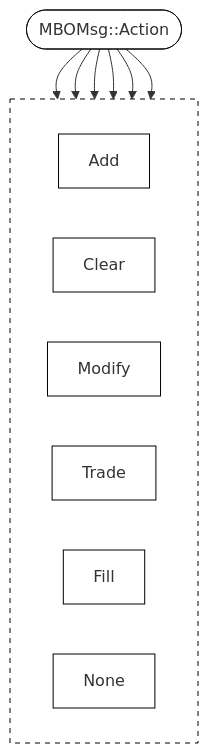
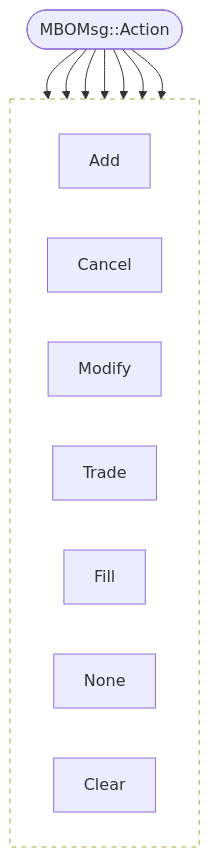
Before and after one commit to Alexerby/thesis-code: the first of 2 diagrams in docs/Order Lifetime Tracking.md, drawn with Mermaid. The commit also changed other lines of this file, not shown here.

First line of the commit message:
fix: colors in Mermaid diagram

````diff
--- a/docs/Order Lifetime Tracking.md
+++ b/docs/Order Lifetime Tracking.md
@@ -10,26 +10,25 @@
 ```mermaid
 flowchart TD
-    classDef theme fill:none,stroke:currentColor
-
-    Root([MBOMsg::Action]):::theme
+    Root([MBOMsg::Action])
     
     subgraph Operations [" "]
         direction LR
-        A[Add]:::theme
-        C[Cancel]:::theme
-        M[Modify]:::theme
-        T[Trade]:::theme
-        F[Fill]:::theme
-        N[None]:::theme 
-        C[Clear]:::thee
+        A[Add]
+        C[Cancel]
+        M[Modify]
+        T[Trade]
+        F[Fill]
+        N[None]
+        CLR[Clear]
     end
 
     Root --> A
     Root --> C
     Root --> M
     Root --> T
     Root --> F
     Root --> N
+    Root --> CLR
 
-    style Operations fill:none,stroke:currentColor,stroke-dasharray: 5 5
+    style Operations fill:none,stroke-dasharray: 5 5
 ```
````
